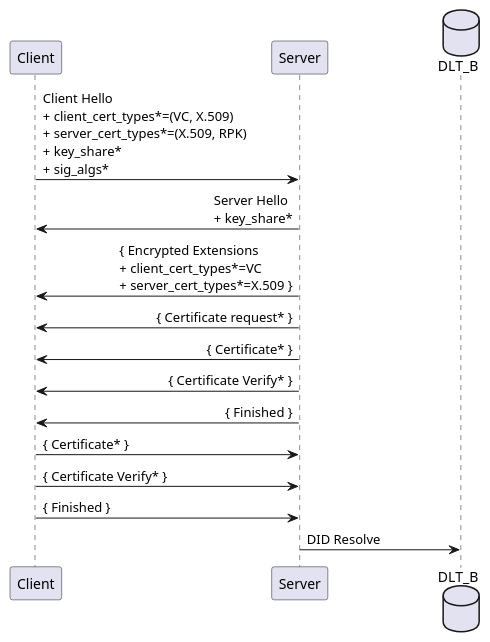
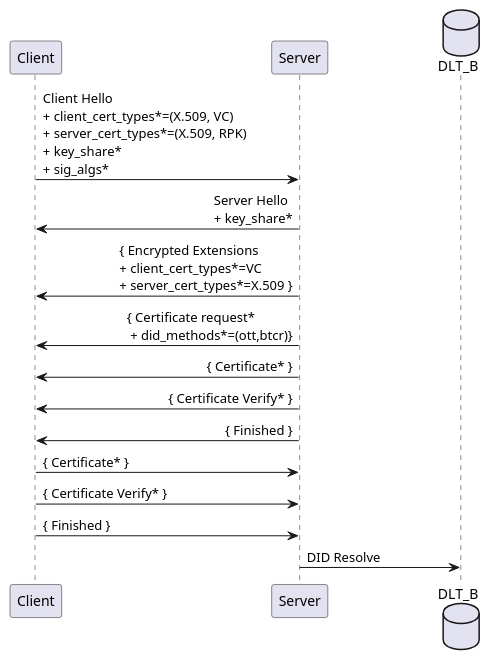
Before and after one commit to thomas-fossati/draft-vesco-vcauthtls: the fourth of 5 diagrams in draft-vesco-vcauthtls.md, drawn with PlantUML. The commit also changed other lines of this file, not shown here.

```diff
--- a/draft-vesco-vcauthtls.md
+++ b/draft-vesco-vcauthtls.md
@@ -261,21 +262,21 @@
 ~~~plantuml
 @startuml
 participant Client order 2
 participant Server order 3
 database DLT_B order 4
 skinparam sequenceMessageAlign direction
 skinparam ParticipantPadding 100
 
-Client -> Server : Client Hello \n+ client_cert_types*=(VC, X.509) \n+ server_cert_types*=(X.509, RPK) \n+ key_share* \n+ sig_algs*
+Client -> Server : Client Hello \n+ client_cert_types*=(X.509, VC) \n+ server_cert_types*=(X.509, RPK) \n+ key_share* \n+ sig_algs*
 Server -> Client : Server Hello \n+ key_share*
 Server -> Client : { Encrypted Extensions \n+ client_cert_types*=VC \n+ server_cert_types*=X.509 }
-Server -> Client : { Certificate request* }
+Server -> Client : { Certificate request* \n + did_methods*=(ott,btcr)}
 Server -> Client : { Certificate* }
 Server -> Client : { Certificate Verify* }
 Server -> Client : { Finished }
 Client -> Server : { Certificate* }
 Client -> Server : { Certificate Verify* }
 Client -> Server : { Finished }
 Server -> DLT_B : DID Resolve
 @enduml
 ~~~
```
